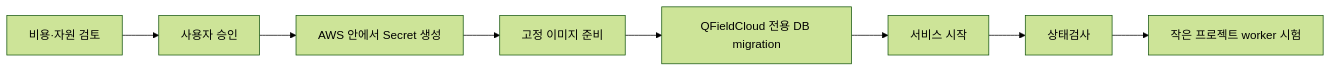
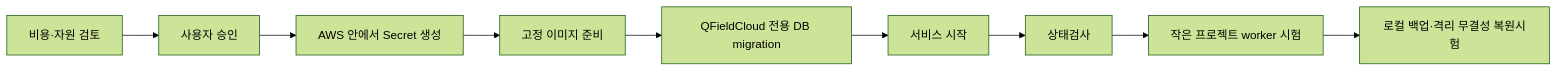
One commit to jusubkim94/qfieldcloud-self-hosting-for-arboreta changed the diagram in docs/runbooks/install.md. Above: the diagram before and after it, drawn with Mermaid (forest theme). The commit also changed other lines of this file and 27 other files, not shown here.

````diff
--- a/docs/runbooks/install.md
+++ b/docs/runbooks/install.md
@@ -19,10 +19,11 @@
 ```mermaid
 flowchart LR
     A[비용·자원 검토] --> B[사용자 승인]
     B --> C[AWS 안에서 Secret 생성]
     C --> D[고정 이미지 준비]
     D --> E[QFieldCloud 전용 DB migration]
     E --> F[서비스 시작]
     F --> G[상태검사]
     G --> H[작은 프로젝트 worker 시험]
+    H --> I[로컬 백업·격리 무결성 복원시험]
 ```
````
